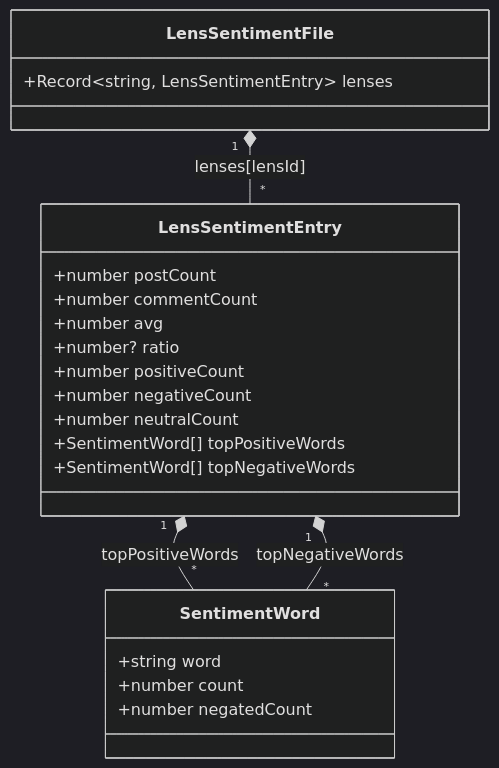
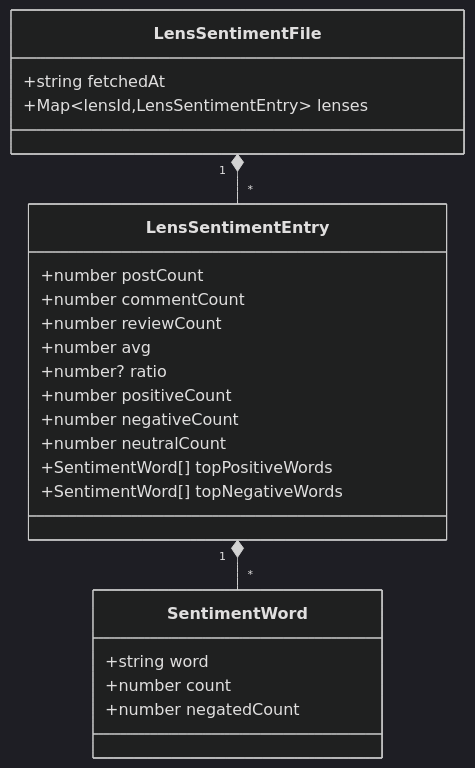
One commit to kcflip/lenslook changed the fifth of 12 diagrams in docs/DATA_MODELS.md. Above: the diagram before and after it, drawn with Mermaid (dark theme). The commit also changed other lines of this file and 78 other files, not shown here.

````diff
--- a/docs/DATA_MODELS.md
+++ b/docs/DATA_MODELS.md
@@ -109,28 +236,27 @@
 ```mermaid
 classDiagram
     class LensSentimentFile {
-        +Record~string, LensSentimentEntry~ lenses
+        +string fetchedAt
+        +Map~lensId,LensSentimentEntry~ lenses
     }
-
     class LensSentimentEntry {
         +number postCount
         +number commentCount
+        +number reviewCount
         +number avg
         +number? ratio
         +number positiveCount
         +number negativeCount
         +number neutralCount
         +SentimentWord[] topPositiveWords
         +SentimentWord[] topNegativeWords
     }
-
     class SentimentWord {
         +string word
         +number count
         +number negatedCount
     }
 
-    LensSentimentFile "1" *-- "*" LensSentimentEntry : lenses[lensId]
-    LensSentimentEntry "1" *-- "*" SentimentWord : topPositiveWords
-    LensSentimentEntry "1" *-- "*" SentimentWord : topNegativeWords
+    LensSentimentFile "1" *-- "*" LensSentimentEntry
+    LensSentimentEntry "1" *-- "*" SentimentWord
 ```
````
